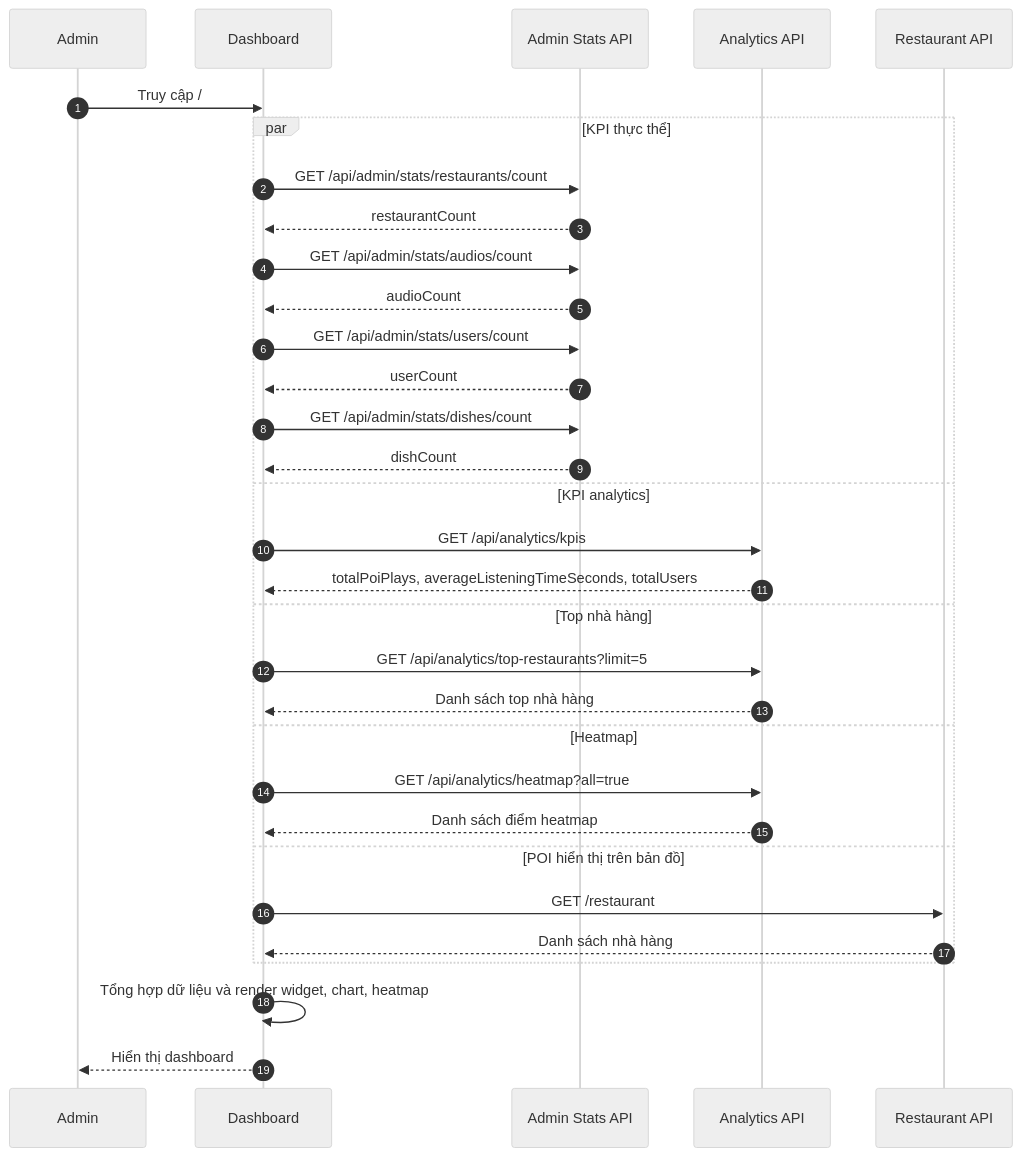
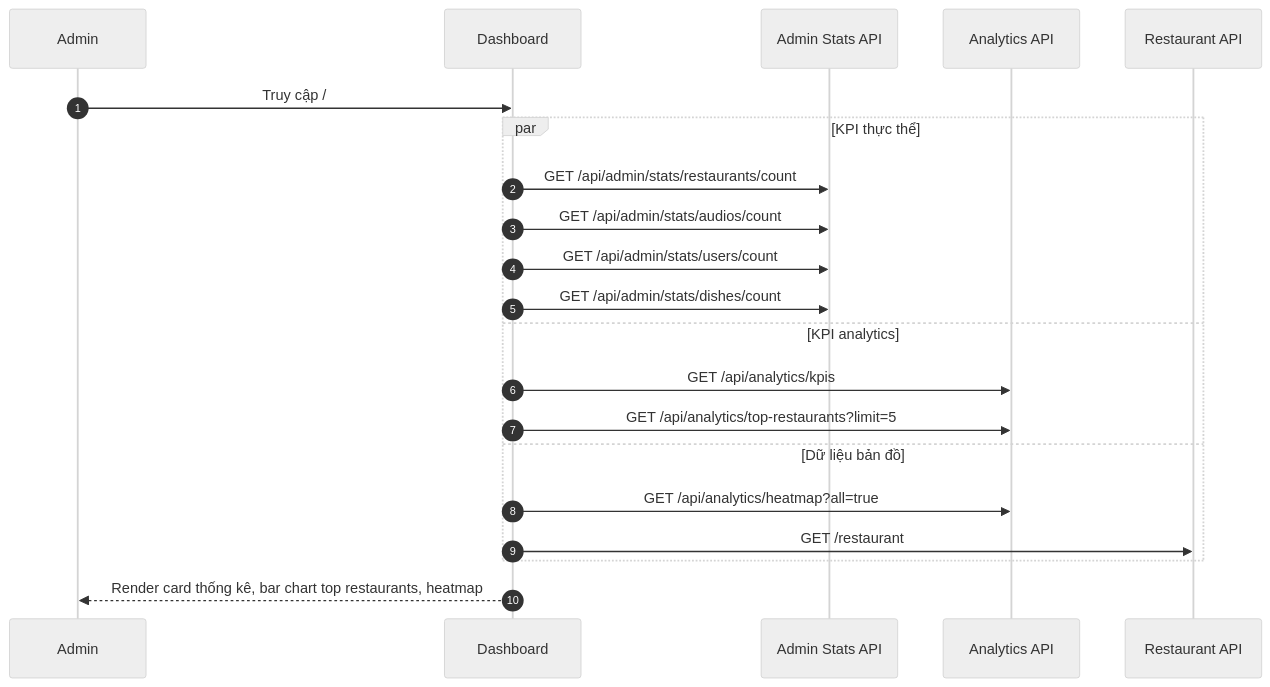
Before and after one commit to sangnp-s-organiztion/food-market-narrator: the fifth of 24 diagrams in docs/sequence/flow-admin.md, drawn with Mermaid (neutral theme). The commit also changed other lines of this file and 3 other files, not shown here.

Commit message:
cập nhật flow-admin

````diff
--- a/docs/sequence/flow-admin.md
+++ b/docs/sequence/flow-admin.md
@@ -73,35 +94,24 @@
 ```mermaid
 sequenceDiagram
     autonumber
     participant U as Admin
     participant FE as Dashboard
     participant STATS as Admin Stats API
     participant ANA as Analytics API
     participant RES as Restaurant API
 
     U->>FE: Truy cập /
     par KPI thực thể
         FE->>STATS: GET /api/admin/stats/restaurants/count
-        STATS-->>FE: restaurantCount
         FE->>STATS: GET /api/admin/stats/audios/count
-        STATS-->>FE: audioCount
         FE->>STATS: GET /api/admin/stats/users/count
-        STATS-->>FE: userCount
         FE->>STATS: GET /api/admin/stats/dishes/count
-        STATS-->>FE: dishCount
     and KPI analytics
         FE->>ANA: GET /api/analytics/kpis
-        ANA-->>FE: totalPoiPlays, averageListeningTimeSeconds, totalUsers
-    and Top nhà hàng
         FE->>ANA: GET /api/analytics/top-restaurants?limit=5
-        ANA-->>FE: Danh sách top nhà hàng
-    and Heatmap
+    and Dữ liệu bản đồ
         FE->>ANA: GET /api/analytics/heatmap?all=true
-        ANA-->>FE: Danh sách điểm heatmap
-    and POI hiển thị trên bản đồ
         FE->>RES: GET /restaurant
-        RES-->>FE: Danh sách nhà hàng
     end
-    FE->>FE: Tổng hợp dữ liệu và render widget, chart, heatmap
-    FE-->>U: Hiển thị dashboard
+    FE-->>U: Render card thống kê, bar chart top restaurants, heatmap
 ```
````
